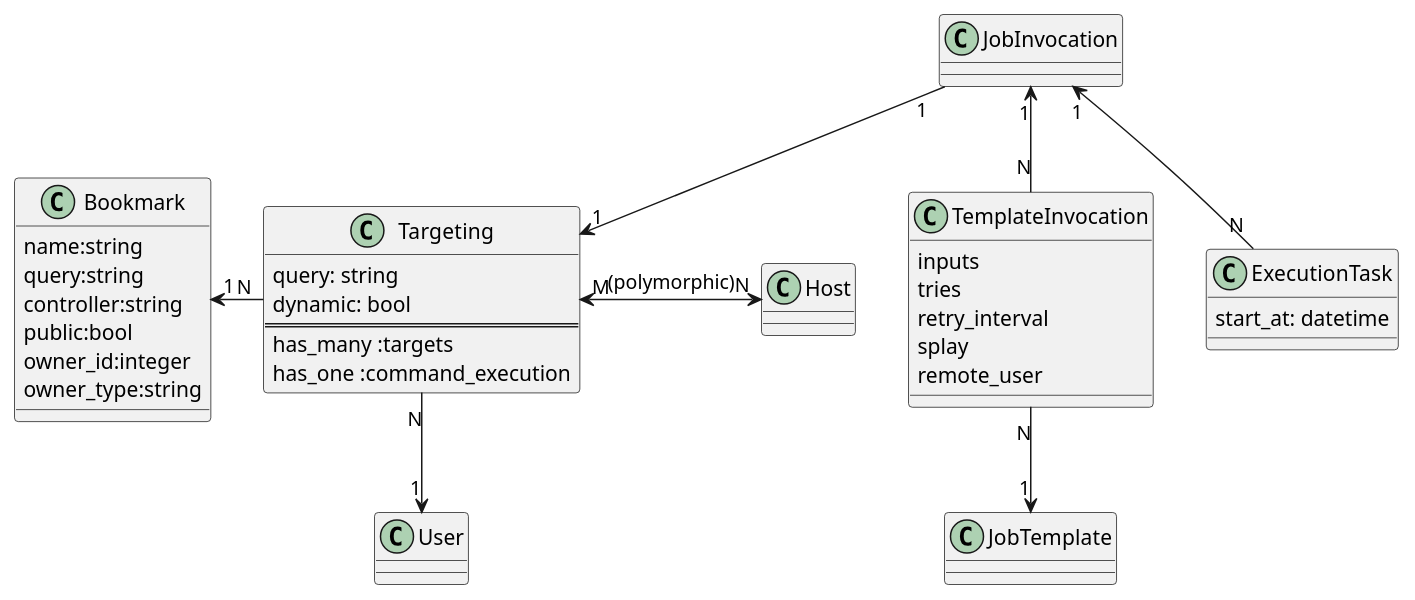
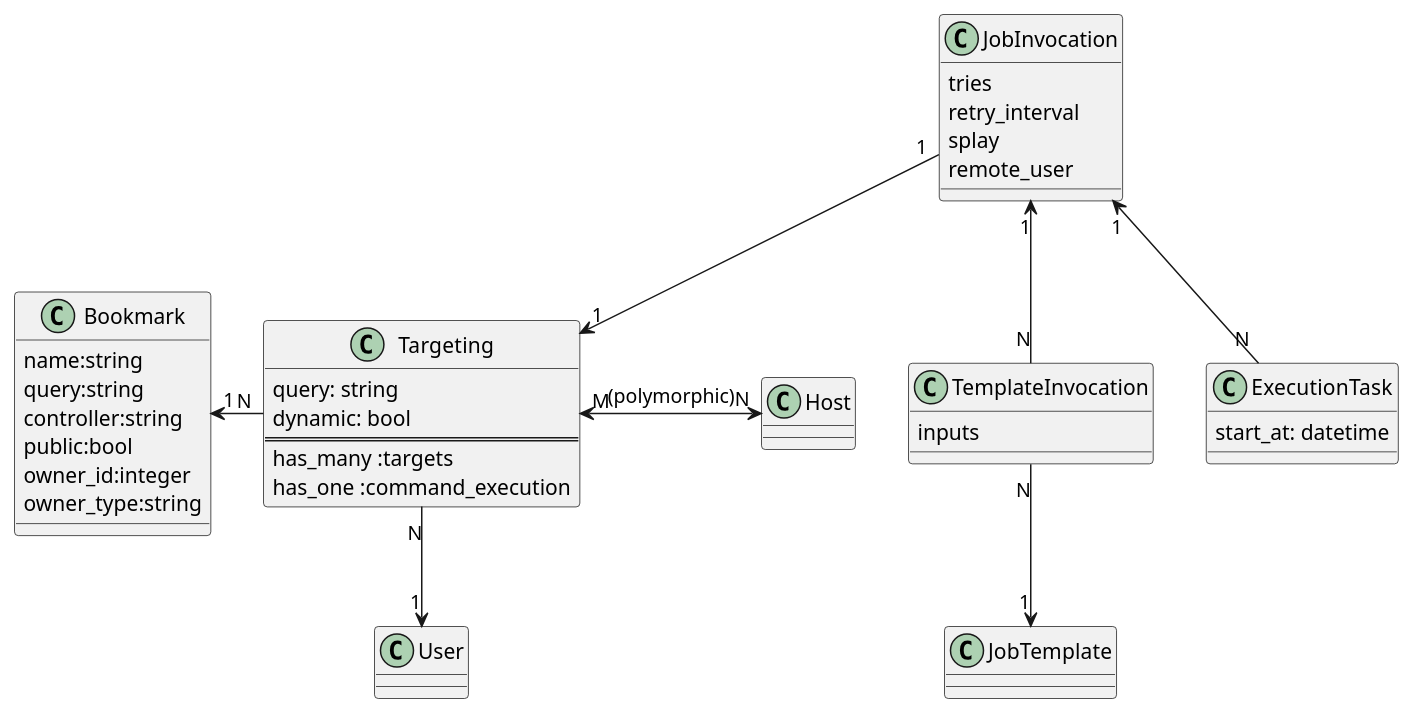
The seventh of 8 diagrams in doc/source/design/index.md (theforeman/foreman_remote_execution), drawn with PlantUML before and after one commit. The commit also changed other lines of this file, not shown here.

Commit message:
Command invocation updates

```diff
--- a/doc/source/design/index.md
+++ b/doc/source/design/index.md
@@ -499,46 +522,46 @@
 {% plantuml %}
 
 class Bookmark {
   name:string
   query:string
   controller:string
   public:bool
   owner_id:integer
   owner_type:string
 }
 
 class Targeting {
   query: string
   dynamic: bool
   ==
   has_many :targets
   has_one :command_execution
 }
 
 class Host
 class User
 
 class TemplateInvocation {
   inputs
+}
+
+class JobInvocation {
   tries
   retry_interval
   splay
   remote_user
 }
-
-class JobInvocation {
-} 
 
 class ExecutionTask {
   start_at: datetime
 }
 
 Bookmark "1" <- "N" Targeting
 Targeting "M" <-> "N" Host : (polymorphic)
 Targeting "N" --> "1" User
 JobInvocation "1" --> "1" Targeting
 JobInvocation "1" <-- "N" TemplateInvocation
 TemplateInvocation "N" --> "1" JobTemplate
 JobInvocation "1" <-- "N" ExecutionTask
 
 {% endplantuml %}
```
